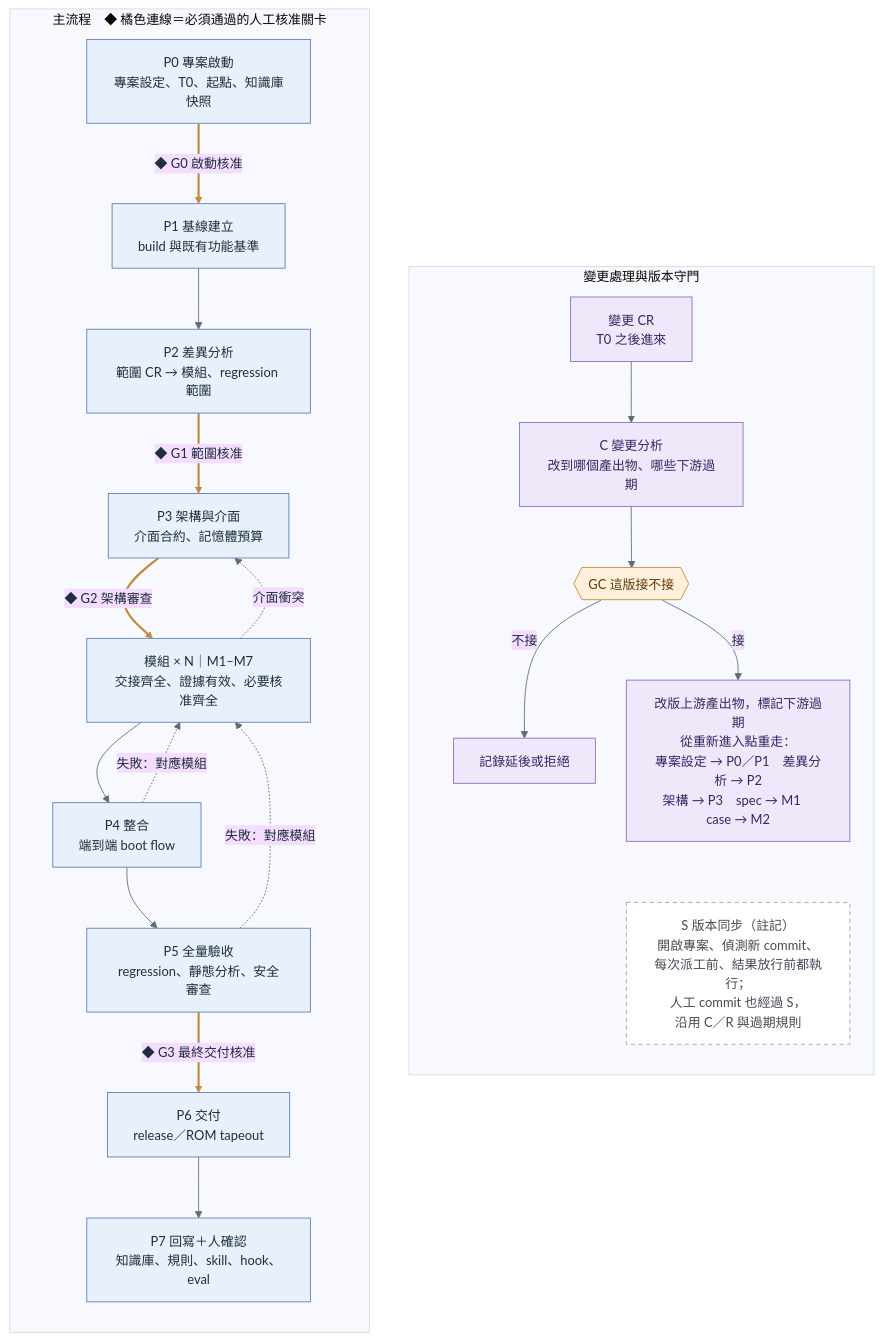
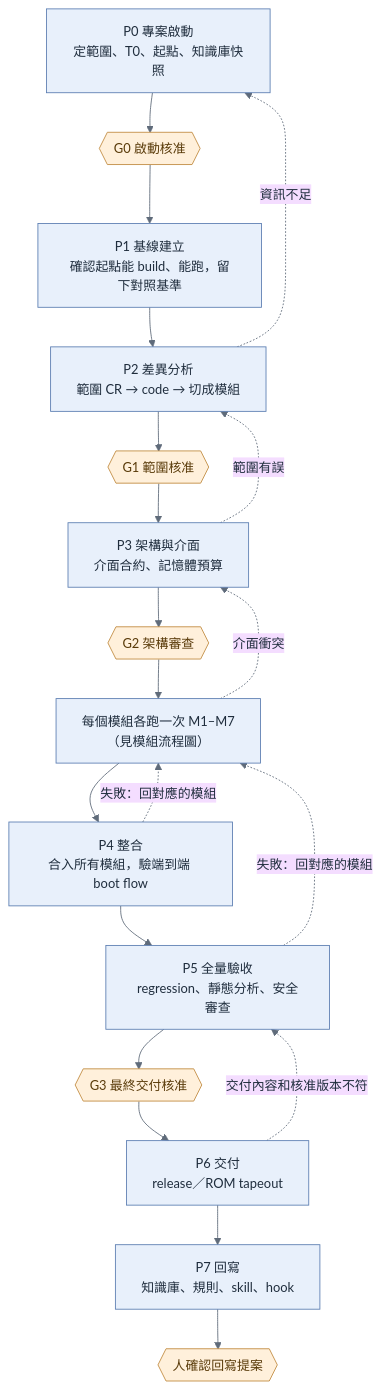
One commit to kevintsou/glados changed the diagram in diagrams/glados_project_flow.mmd. Above: the diagram before and after it, drawn with Mermaid. The commit also changed 16 other files, not shown here.

First line of the commit message:
docs: redraw all GLADOS diagrams and align them with the spec text

```diff
--- a/diagrams/glados_project_flow.mmd
+++ b/diagrams/glados_project_flow.mmd
@@ -1,45 +1,28 @@
 %%{init: {"theme":"base","themeVariables":{"fontSize":"15px","lineColor":"#5F6B7A","primaryTextColor":"#1F2D3D"},"flowchart":{"curve":"basis","nodeSpacing":36,"rankSpacing":46,"htmlLabels":true}}}%%
-flowchart LR
-  subgraph MAIN["主流程　◆ 橘色連線＝必須通過的人工核准關卡"]
-    direction TB
-    P0["P0 專案啟動<br/>專案設定、T0、起點、知識庫快照"]:::exec
-    P1["P1 基線建立<br/>build 與既有功能基準"]:::exec
-    P2["P2 差異分析<br/>範圍 CR → 模組、regression 範圍"]:::exec
-    P3["P3 架構與介面<br/>介面合約、記憶體預算"]:::exec
-    M["模組 × N｜M1–M7<br/>交接齊全、證據有效、必要核准齊全"]:::exec
-    P4["P4 整合<br/>端到端 boot flow"]:::exec
-    P5["P5 全量驗收<br/>regression、靜態分析、安全審查"]:::exec
-    P6["P6 交付<br/>release／ROM tapeout"]:::exec
-    P7["P7 回寫＋人確認<br/>知識庫、規則、skill、hook、eval"]:::exec
-    P0 -->|"◆ G0 啟動核准"| P1
-    P1 --> P2
-    P2 -->|"◆ G1 範圍核准"| P3
-    P3 -->|"◆ G2 架構審查"| M
-    M --> P4
-    P4 --> P5
-    P5 -->|"◆ G3 最終交付核准"| P6
-    P6 --> P7
-    P4 -. "失敗：對應模組" .-> M
-    P5 -. "失敗：對應模組" .-> M
-    M -. "介面衝突" .-> P3
-  end
-  subgraph CHG["變更處理與版本守門"]
-    direction TB
-    CR["變更 CR<br/>T0 之後進來"]:::route
-    C["C 變更分析<br/>改到哪個產出物、哪些下游過期"]:::route
-    GC{{"GC 這版接不接"}}:::human
-    DEFER["記錄延後或拒絕"]:::route
-    STALE["改版上游產出物，標記下游過期<br/>從重新進入點重走：<br/>專案設定 → P0／P1　差異分析 → P2<br/>架構 → P3　spec → M1　case → M2"]:::route
-    S["S 版本同步（註記）<br/>開啟專案、偵測新 commit、<br/>每次派工前、結果放行前都執行；<br/>人工 commit 也經過 S，<br/>沿用 C／R 與過期規則"]:::note
-    CR --> C
-    C --> GC
-    GC -->|不接| DEFER
-    GC -->|接| STALE
-    STALE ~~~ S
-  end
-  MAIN ~~~ CHG
+flowchart TD
+  P0["P0 專案啟動<br/>定範圍、T0、起點、知識庫快照"]:::exec
+  G0{{"G0 啟動核准"}}:::human
+  P1["P1 基線建立<br/>確認起點能 build、能跑，留下對照基準"]:::exec
+  P2["P2 差異分析<br/>範圍 CR → code → 切成模組"]:::exec
+  G1{{"G1 範圍核准"}}:::human
+  P3["P3 架構與介面<br/>介面合約、記憶體預算"]:::exec
+  G2{{"G2 架構審查"}}:::human
+  M["每個模組各跑一次 M1–M7<br/>（見模組流程圖）"]:::exec
+  P4["P4 整合<br/>合入所有模組，驗端到端 boot flow"]:::exec
+  P5["P5 全量驗收<br/>regression、靜態分析、安全審查"]:::exec
+  G3{{"G3 最終交付核准"}}:::human
+  P6["P6 交付<br/>release／ROM tapeout"]:::exec
+  P7["P7 回寫<br/>知識庫、規則、skill、hook"]:::exec
+  G4{{"人確認回寫提案"}}:::human
+  P0 --> G0 --> P1 --> P2 --> G1 --> P3 --> G2 --> M --> P4 --> P5 --> G3 --> P6 --> P7 --> G4
+  P2 -. "資訊不足" .-> P0
+  P3 -. "範圍有誤" .-> P2
+  M -. "介面衝突" .-> P3
+  P4 -. "失敗：回對應的模組" .-> M
+  P5 -. "失敗：回對應的模組" .-> M
+  P6 -. "交付內容和核准版本不符" .-> P5
   classDef exec fill:#E8F0FB,stroke:#5B7DB1,color:#1F2D3D;
   classDef human fill:#FFF0DB,stroke:#C08A3E,color:#5A3B0A;
   classDef route fill:#EFE7FA,stroke:#8A6BBE,color:#3A2463;
-  classDef note fill:#FFFFFF,stroke:#9AA3AE,stroke-dasharray:5 4,color:#444B55;
-  linkStyle 0,2,3,6 stroke:#C08A3E,stroke-width:2.5px
+  classDef store fill:#E6F4EA,stroke:#4E9A6A,color:#1E4D2B;
+  classDef ext fill:#F3F4F6,stroke:#9AA3AE,color:#444B55;
```
